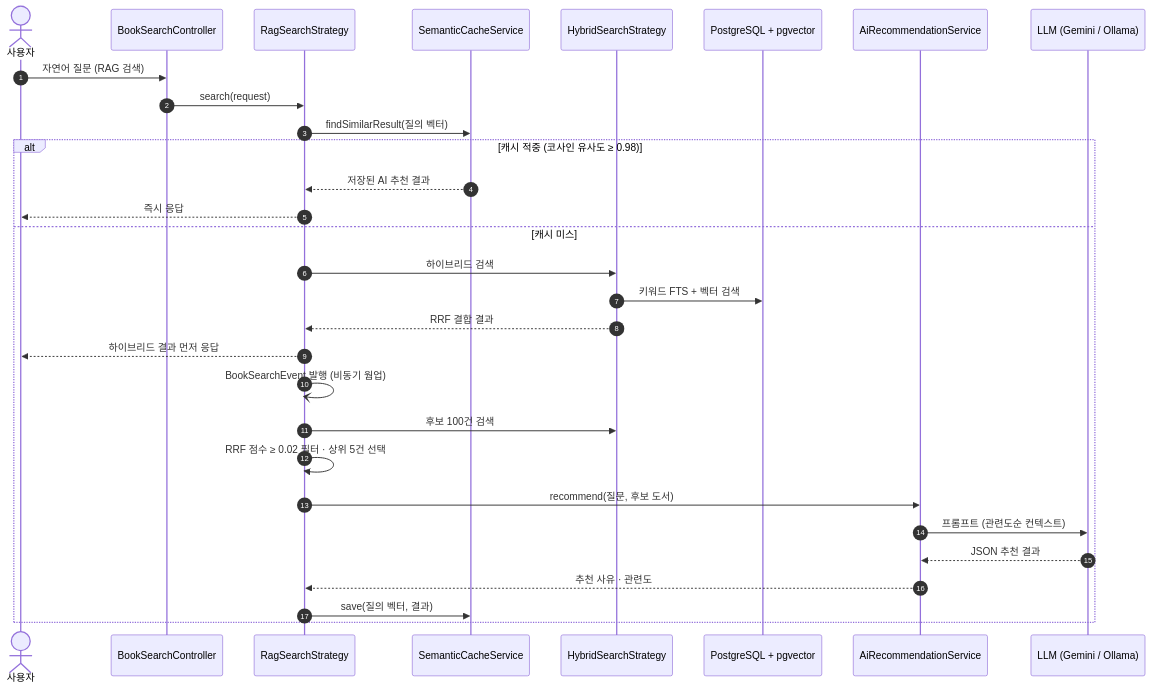
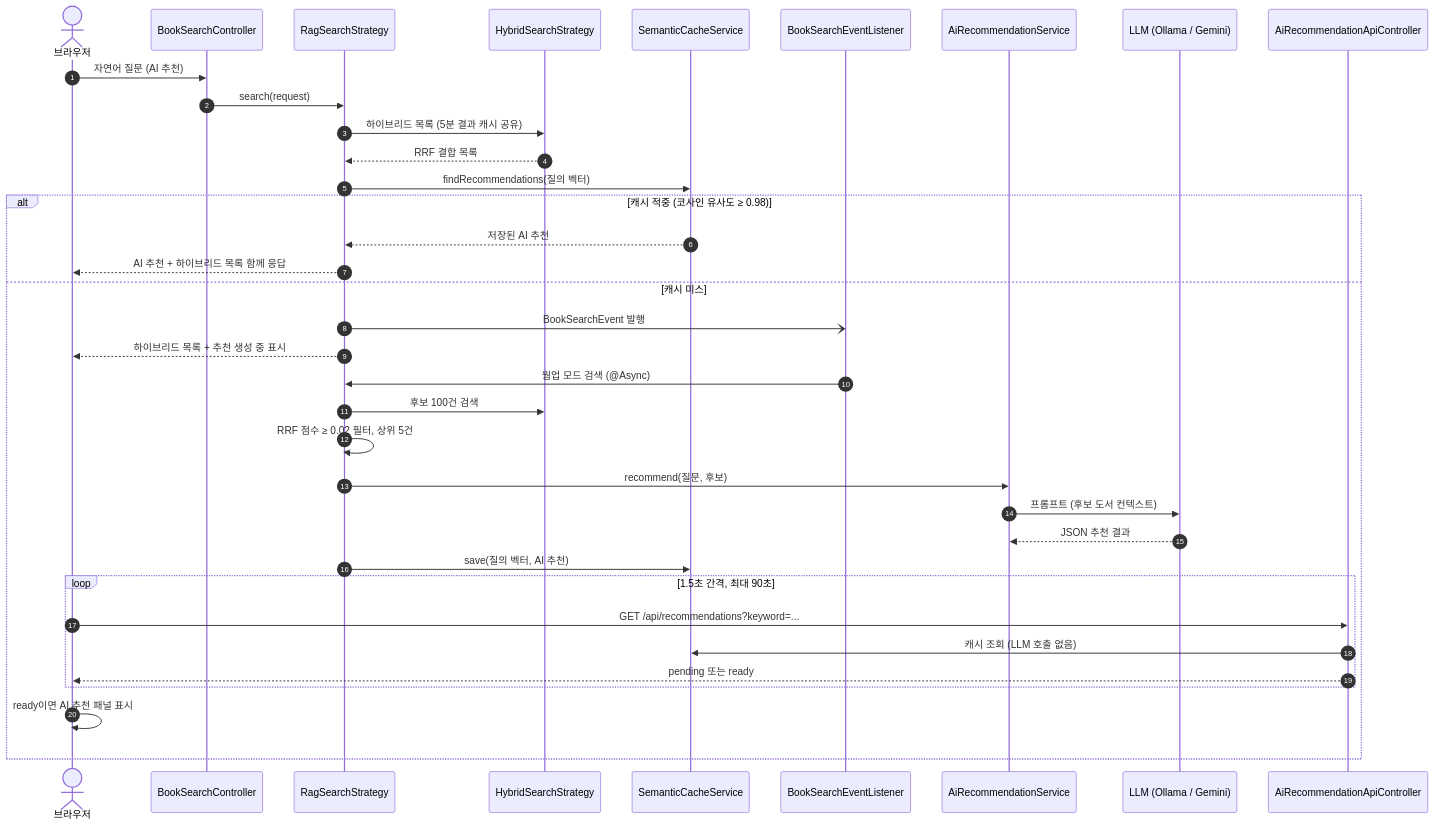
Before and after one commit to nhn-academy-marco/ai-library: the first of 2 diagrams in README.md, drawn with Mermaid. The commit also changed other lines of this file and 1 other file, not shown here.

````diff
--- a/README.md
+++ b/README.md
@@ -144,33 +73,39 @@
 ```mermaid
 sequenceDiagram
     autonumber
-    actor U as 사용자
+    actor U as 브라우저
     participant C as BookSearchController
     participant R as RagSearchStrategy
+    participant H as HybridSearchStrategy
     participant SC as SemanticCacheService
-    participant H as HybridSearchStrategy
-    participant DB as PostgreSQL + pgvector
+    participant W as BookSearchEventListener
     participant AI as AiRecommendationService
-    participant L as LLM (Gemini / Ollama)
+    participant L as LLM (Ollama / Gemini)
+    participant API as AiRecommendationApiController
 
-    U->>C: 자연어 질문 (RAG 검색)
+    U->>C: 자연어 질문 (AI 추천)
     C->>R: search(request)
-    R->>SC: findSimilarResult(질의 벡터)
+    R->>H: 하이브리드 목록 (5분 결과 캐시 공유)
+    H-->>R: RRF 결합 목록
+    R->>SC: findRecommendations(질의 벡터)
     alt 캐시 적중 (코사인 유사도 ≥ 0.98)
-        SC-->>R: 저장된 AI 추천 결과
-        R-->>U: 즉시 응답
+        SC-->>R: 저장된 AI 추천
+        R-->>U: AI 추천 + 하이브리드 목록 함께 응답
     else 캐시 미스
-        R->>H: 하이브리드 검색
-        H->>DB: 키워드 FTS + 벡터 검색
-        H-->>R: RRF 결합 결과
-        R-->>U: 하이브리드 결과 먼저 응답
-        R-)R: BookSearchEvent 발행 (비동기 웜업)
+        R-)W: BookSearchEvent 발행
+        R-->>U: 하이브리드 목록 + 추천 생성 중 표시
+        W->>R: 웜업 모드 검색 (@Async)
         R->>H: 후보 100건 검색
-        R->>R: RRF 점수 ≥ 0.02 필터 · 상위 5건 선택
-        R->>AI: recommend(질문, 후보 도서)
-        AI->>L: 프롬프트 (관련도순 컨텍스트)
+        R->>R: RRF 점수 ≥ 0.02 필터, 상위 5건
+        R->>AI: recommend(질문, 후보)
+        AI->>L: 프롬프트 (후보 도서 컨텍스트)
         L-->>AI: JSON 추천 결과
-        AI-->>R: 추천 사유 · 관련도
-        R->>SC: save(질의 벡터, 결과)
+        R->>SC: save(질의 벡터, AI 추천)
+        loop 1.5초 간격, 최대 90초
+            U->>API: GET /api/recommendations?keyword=...
+            API->>SC: 캐시 조회 (LLM 호출 없음)
+            API-->>U: pending 또는 ready
+        end
+        U->>U: ready이면 AI 추천 패널 표시
     end
 ```
````
